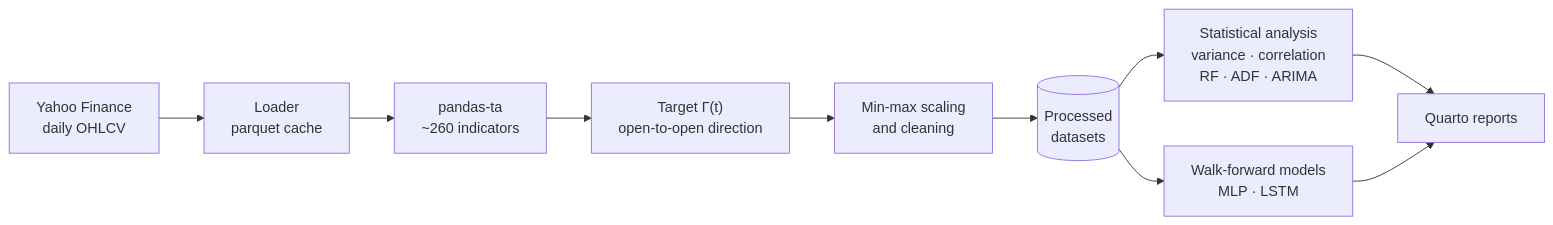
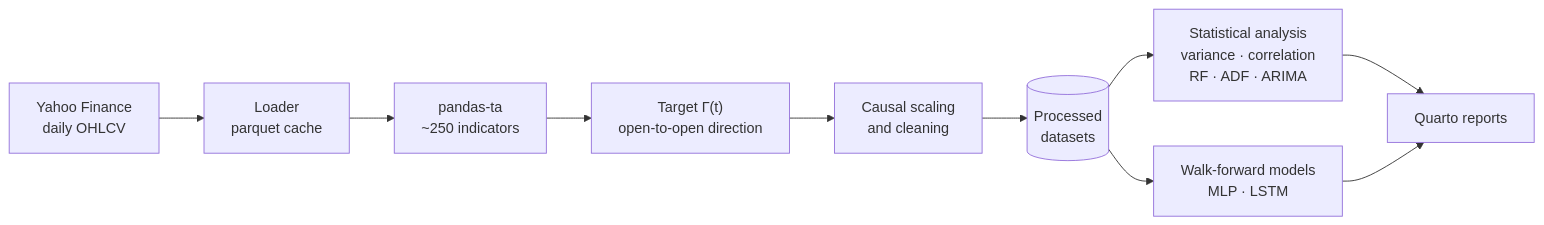
The diagram in README.md (MilanKalajdzic/ETF-Trend-Predictor), drawn with Mermaid before and after one commit. The commit also changed other lines of this file, not shown here.

````diff
--- a/README.md
+++ b/README.md
@@ -77,12 +78,12 @@
 ```mermaid
 flowchart LR
     A["Yahoo Finance<br/>daily OHLCV"] --> B["Loader<br/>parquet cache"]
-    B --> C["pandas-ta<br/>~260 indicators"]
+    B --> C["pandas-ta<br/>~250 indicators"]
     C --> D["Target Γ(t)<br/>open-to-open direction"]
-    D --> E["Min-max scaling<br/>and cleaning"]
+    D --> E["Causal scaling<br/>and cleaning"]
     E --> F[("Processed<br/>datasets")]
     F --> G["Statistical analysis<br/>variance · correlation<br/>RF · ADF · ARIMA"]
     F --> H["Walk-forward models<br/>MLP · LSTM"]
     G --> R["Quarto reports"]
     H --> R
 ```
````
